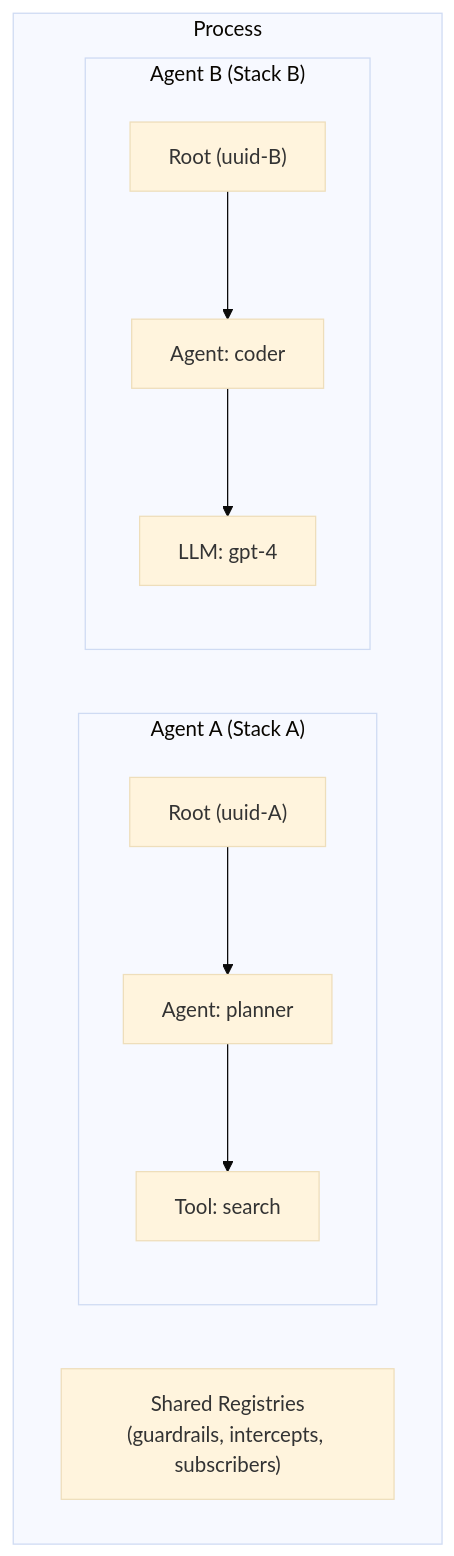
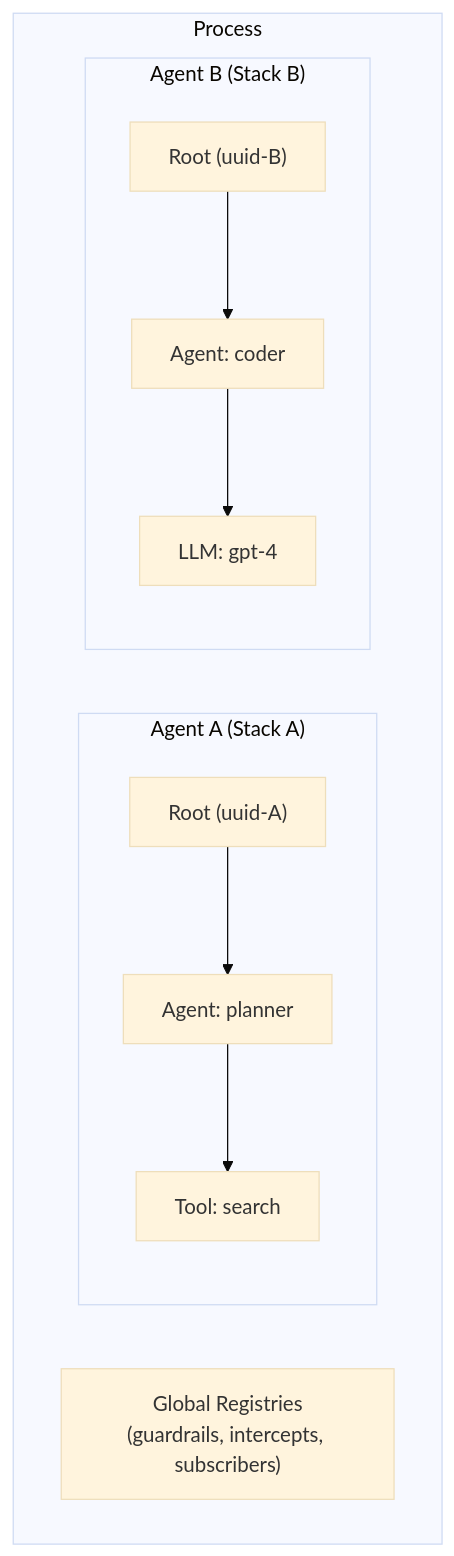
The first of 2 diagrams in docs/context-isolation.md (NVIDIA/NeMo-Relay), drawn with Mermaid (base theme) before and after one commit. The commit also changed other lines of this file and 31 other files, not shown here.

````diff
--- a/docs/context-isolation.md
+++ b/docs/context-isolation.md
@@ -144,18 +144,18 @@
 ```mermaid
 graph TD
     subgraph "Process"
         subgraph "Agent A (Stack A)"
             A_ROOT["Root (uuid-A)"]
             A_ROOT --> A1["Agent: planner"]
             A1 --> A2["Tool: search"]
         end
 
         subgraph "Agent B (Stack B)"
             B_ROOT["Root (uuid-B)"]
             B_ROOT --> B1["Agent: coder"]
             B1 --> B2["LLM: gpt-4"]
         end
 
-        REG["Shared Registries<br/>(guardrails, intercepts, subscribers)"]
+        REG["Global Registries<br/>(guardrails, intercepts, subscribers)"]
     end
 ```
````
